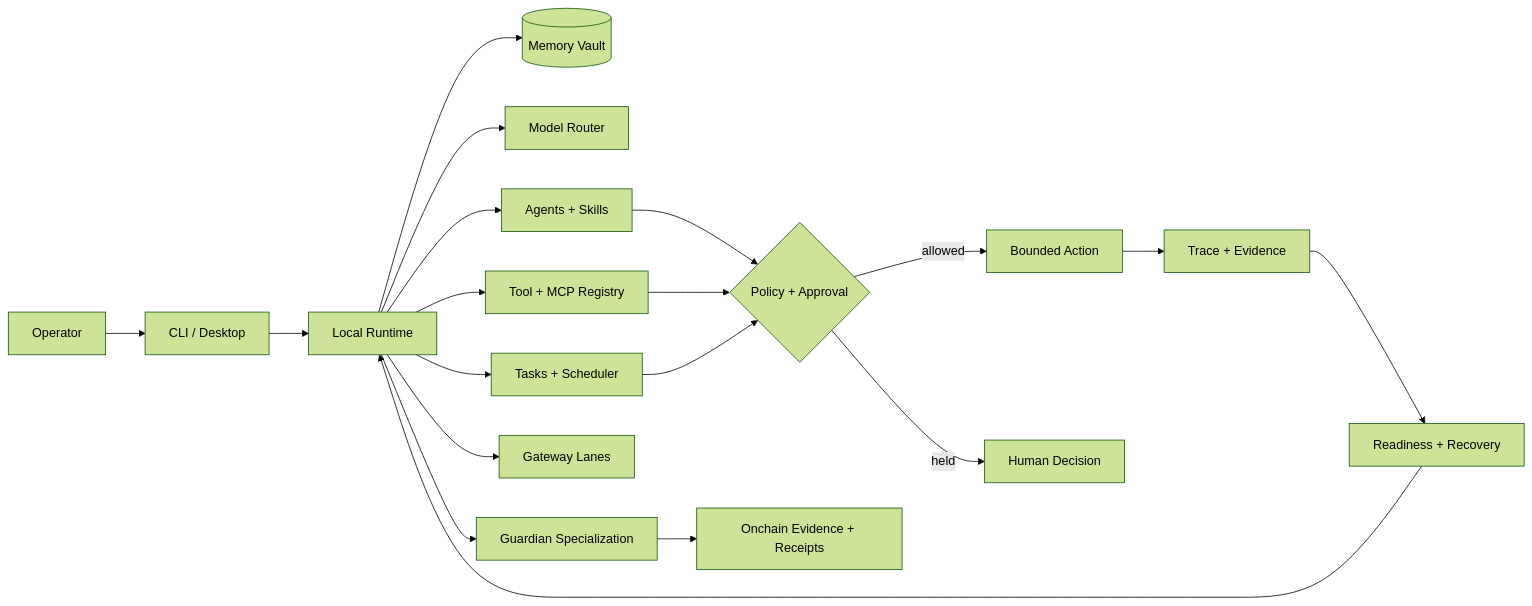
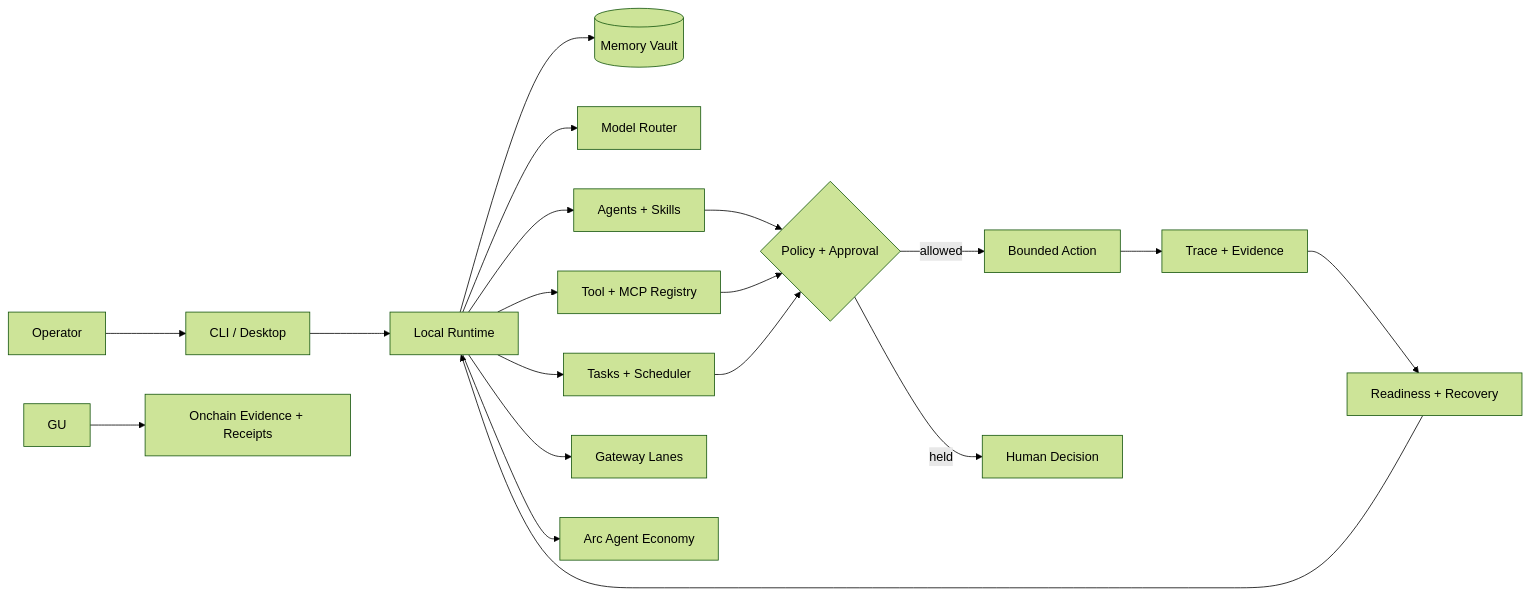
Before and after one commit to Hallow-agent/Hallow: the diagram in README.md, drawn with Mermaid (forest theme). The commit also changed other lines of this file and 45 other files, not shown here.

Commit message:
Pivot Hallow to Arc agent economy

````diff
--- a/README.md
+++ b/README.md
@@ -104,24 +104,24 @@
 ```mermaid
 flowchart LR
     O[Operator] --> S[CLI / Desktop]
     S --> R[Local Runtime]
 
     R --> M[(Memory Vault)]
     R --> MR[Model Router]
     R --> A[Agents + Skills]
     R --> T[Tool + MCP Registry]
     R --> Q[Tasks + Scheduler]
     R --> G[Gateway Lanes]
 
     A --> P{Policy + Approval}
     T --> P
     Q --> P
     P -->|allowed| X[Bounded Action]
     P -->|held| H[Human Decision]
     X --> E[Trace + Evidence]
     E --> C[Readiness + Recovery]
     C --> R
 
-    R --> GU[Guardian Specialization]
+    R --> ARC[Arc Agent Economy]
     GU --> GE[Onchain Evidence + Receipts]
 ```
````
